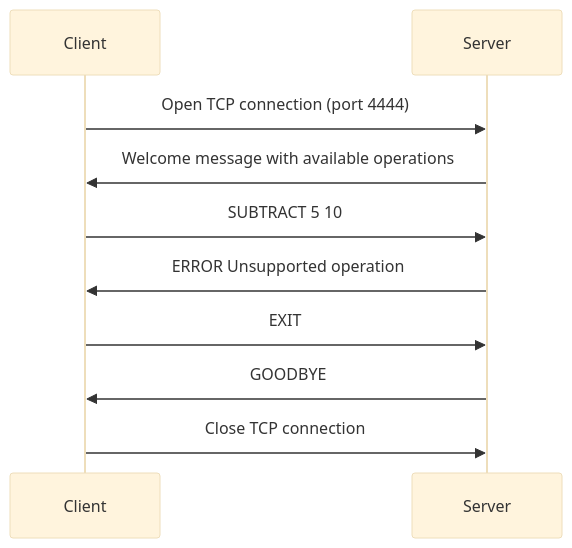
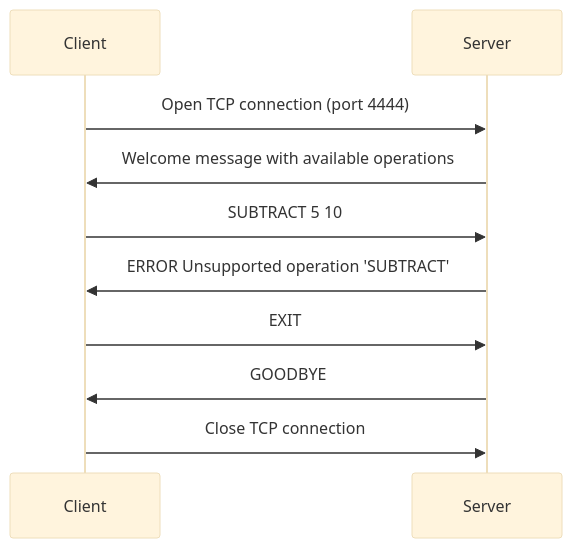
One commit to ryadbouzourene/dai-lab-protocoldesign-bouzourene-christen changed the second of 5 diagrams in specs/ryadbouzourene_Anthony-Christen/protocol.md. Above: the diagram before and after it, drawn with Mermaid (base theme).

Commit message:
Specs updated

````diff
--- a/specs/ryadbouzourene_Anthony-Christen/protocol.md
+++ b/specs/ryadbouzourene_Anthony-Christen/protocol.md
@@ -97,13 +97,13 @@
 ```mermaid
 sequenceDiagram
   participant Client
   participant Server
 
   Client->>Server: Open TCP connection (port 4444)
   Server->>Client: Welcome message with available operations
   Client->>Server: SUBTRACT 5 10
-  Server->>Client: ERROR Unsupported operation
+  Server->>Client: ERROR Unsupported operation 'SUBTRACT'
   Client->>Server: EXIT
   Server->>Client: GOODBYE
   Client->>Server: Close TCP connection
 ```
````
